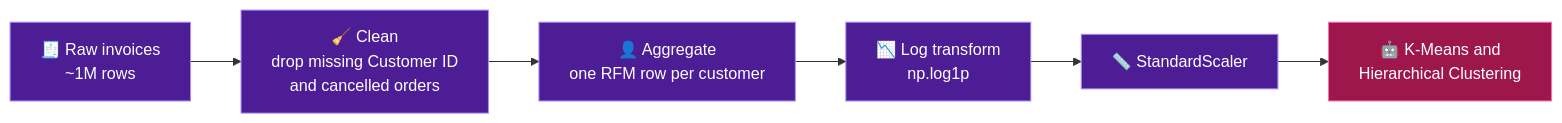
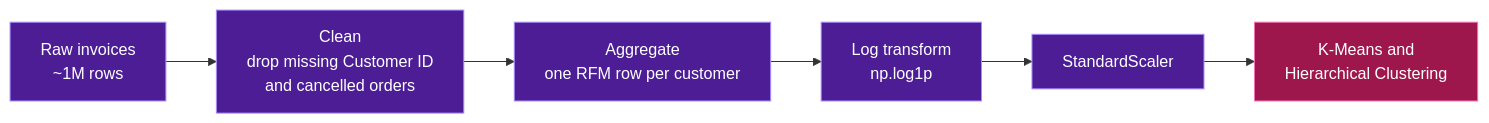
The first of 2 diagrams in README.md (khaled-amireh/Customer-Segmentation-RFM), drawn with Mermaid before and after one commit.

Commit message:
Remove emojis and HTML entities from flowchart

````diff
--- a/README.md
+++ b/README.md
@@ -73,13 +73,13 @@
 ```mermaid
 flowchart LR
-    A["🧾 Raw invoices<br/>~1M rows"] --> B["🧹 Clean<br/>drop missing Customer ID<br/>and cancelled orders"]
-    B --> C["👤 Aggregate<br/>one RFM row per customer"]
-    C --> D["📉 Log transform<br/>np.log1p"]
-    D --> E["📏 StandardScaler"]
-    E --> F["🤖 K-Means and<br/>Hierarchical Clustering"]
+    A[" Raw invoices<br/>~1M rows"] --> B[" Clean<br/>drop missing Customer ID<br/>and cancelled orders"]
+    B --> C[" Aggregate<br/>one RFM row per customer"]
+    C --> D[" Log transform<br/>np.log1p"]
+    D --> E[" StandardScaler"]
+    E --> F[" K-Means and<br/>Hierarchical Clustering"]
 
     classDef step fill:#4c1d95,stroke:#a78bfa,color:#fff;
     classDef out fill:#9d174d,stroke:#f472b6,color:#fff;
     class A,B,C,D,E step;
     class F out;
 ```
````
